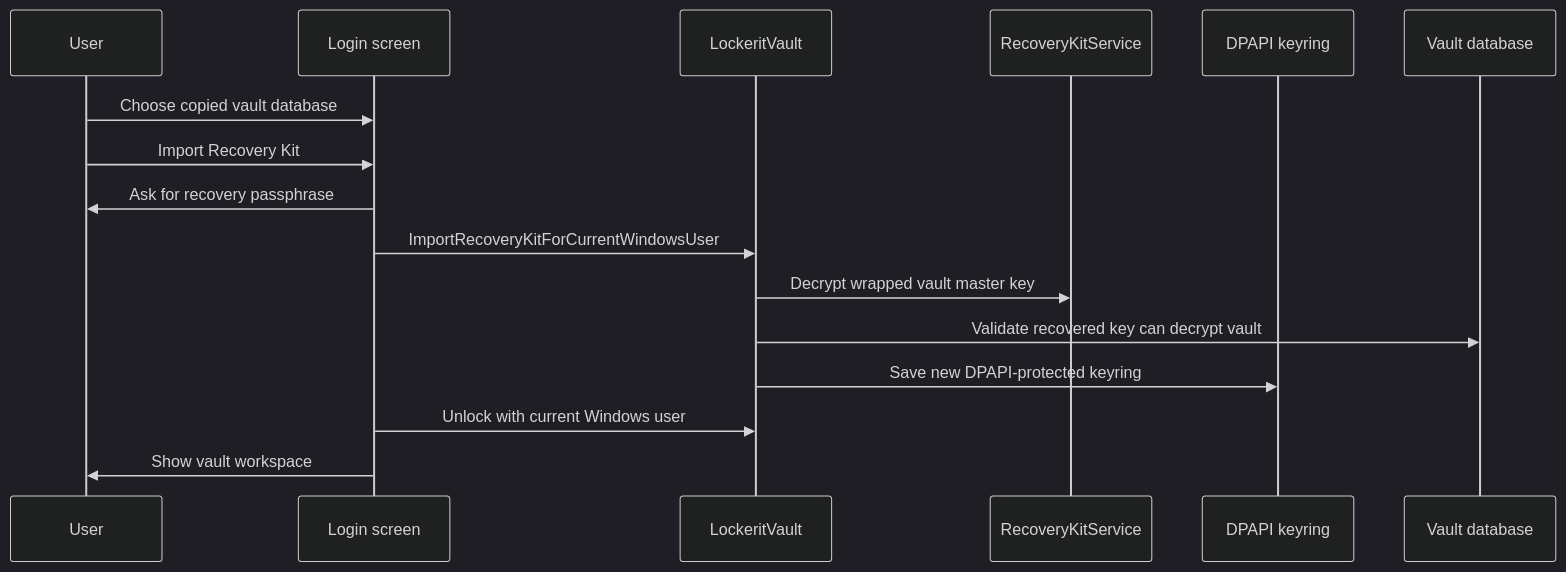
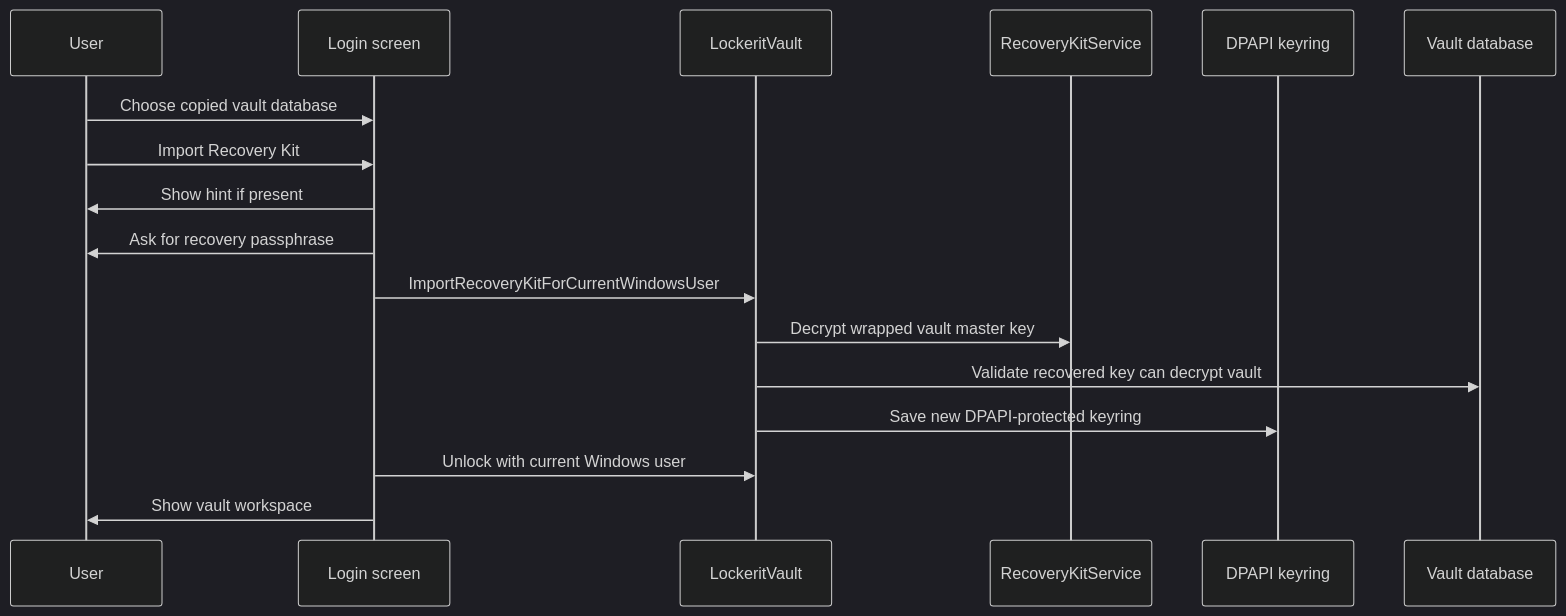
One commit to viamus/locker-it changed the second of 4 diagrams in .docs/recovery.md. Above: the diagram before and after it, drawn with Mermaid (dark theme). The commit also changed other lines of this file and 23 other files, not shown here.

````diff
--- a/.docs/recovery.md
+++ b/.docs/recovery.md
@@ -37,19 +38,20 @@
 ```mermaid
 sequenceDiagram
     participant User as User
     participant Login as Login screen
     participant Vault as LockeritVault
     participant Recovery as RecoveryKitService
     participant Keyring as DPAPI keyring
     participant Db as Vault database
 
     User->>Login: Choose copied vault database
     User->>Login: Import Recovery Kit
+    Login->>User: Show hint if present
     Login->>User: Ask for recovery passphrase
     Login->>Vault: ImportRecoveryKitForCurrentWindowsUser
     Vault->>Recovery: Decrypt wrapped vault master key
     Vault->>Db: Validate recovered key can decrypt vault
     Vault->>Keyring: Save new DPAPI-protected keyring
     Login->>Vault: Unlock with current Windows user
     Login->>User: Show vault workspace
 ```
````
